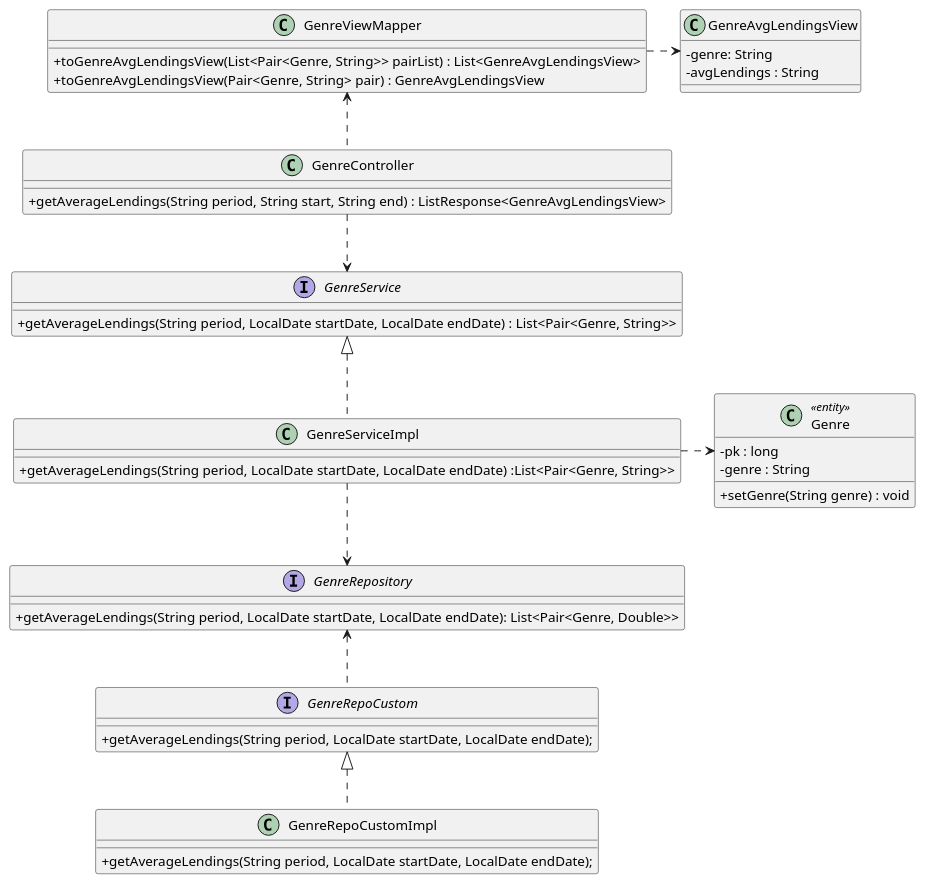
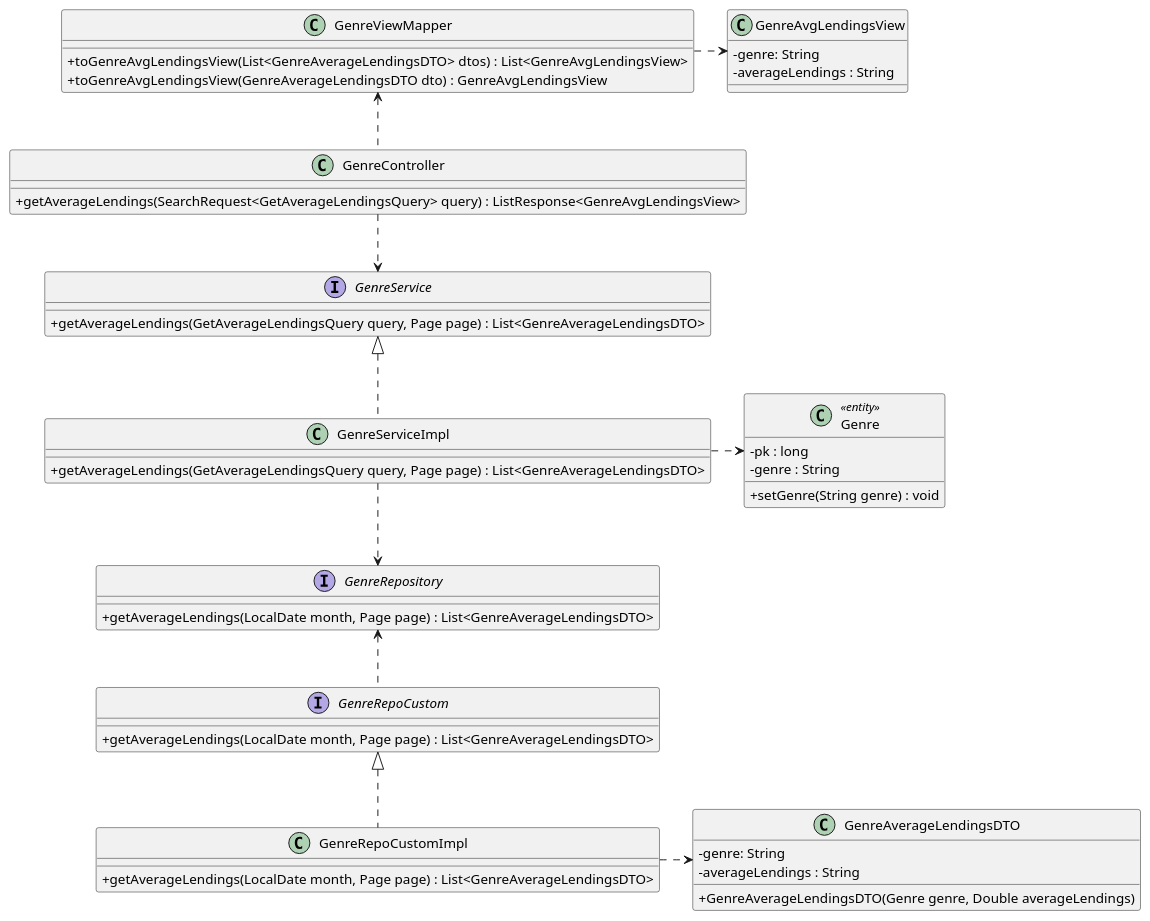
One commit to rutemf/1220944_1220772_G01 changed the diagram in Docs/Phase2/WP4B-Lendings/Ph2-14-GetAverageLendings/Ph2-14-GetAverageLendings-CD.puml. Above: the diagram before and after it, drawn with PlantUML. The commit also changed 15 other files, not shown here.

```diff
--- a/Docs/Phase2/WP4B-Lendings/Ph2-14-GetAverageLendings/Ph2-14-GetAverageLendings-CD.puml
+++ b/Docs/Phase2/WP4B-Lendings/Ph2-14-GetAverageLendings/Ph2-14-GetAverageLendings-CD.puml
@@ -1,59 +1,65 @@
 @startuml
 
 'hide circle
 skinparam classAttributeIconSize 0
 
 class GenreController {
-    + getAverageLendings(String period, String start, String end) : ListResponse<GenreAvgLendingsView>
+    + getAverageLendings(SearchRequest<GetAverageLendingsQuery> query) : ListResponse<GenreAvgLendingsView>
+}
+
+interface GenreService {
+    + getAverageLendings(GetAverageLendingsQuery query, Page page) : List<GenreAverageLendingsDTO>
+}
+
+class GenreServiceImpl implements GenreService{
+    + getAverageLendings(GetAverageLendingsQuery query, Page page) : List<GenreAverageLendingsDTO>
+}
+
+interface GenreRepository {
+    + getAverageLendings(LocalDate month, Page page) : List<GenreAverageLendingsDTO>
 }
 
 interface GenreRepoCustom {
-    + getAverageLendings(String period, LocalDate startDate, LocalDate endDate);
+    + getAverageLendings(LocalDate month, Page page) : List<GenreAverageLendingsDTO>
 }
 
 class GenreRepoCustomImpl implements GenreRepoCustom {
-    + getAverageLendings(String period, LocalDate startDate, LocalDate endDate);
-}
-
-interface GenreRepository {
-    + getAverageLendings(String period, LocalDate startDate, LocalDate endDate): List<Pair<Genre, Double>>
-}
-
-
-
-interface GenreService {
-    + getAverageLendings(String period, LocalDate startDate, LocalDate endDate) : List<Pair<Genre, String>>
-}
-
-class GenreServiceImpl implements GenreService{
-    + getAverageLendings(String period, LocalDate startDate, LocalDate endDate) :List<Pair<Genre, String>>
-
+    + getAverageLendings(LocalDate month, Page page) : List<GenreAverageLendingsDTO>
 }
 
 class Genre <<entity>>{
     - pk : long
     - genre : String
     + setGenre(String genre) : void
 }
 
 class GenreViewMapper{
-    + toGenreAvgLendingsView(List<Pair<Genre, String>> pairList) : List<GenreAvgLendingsView>
-    + toGenreAvgLendingsView(Pair<Genre, String> pair) : GenreAvgLendingsView
+    + toGenreAvgLendingsView(List<GenreAverageLendingsDTO> dtos) : List<GenreAvgLendingsView>
+    + toGenreAvgLendingsView(GenreAverageLendingsDTO dto) : GenreAvgLendingsView
 }
 
 class GenreAvgLendingsView{
     - genre: String
-    - avgLendings : String
+    - averageLendings : String
+}
+
+class GenreAverageLendingsDTO{
+    - genre: String
+    - averageLendings : String
+    + GenreAverageLendingsDTO(Genre genre, Double averageLendings)
 }
 
 GenreServiceImpl .right.> Genre
 
 GenreController ..> GenreService
 GenreServiceImpl .down.> GenreRepository
 
 GenreController .up.> GenreViewMapper
 GenreViewMapper .right.> GenreAvgLendingsView
 
 GenreRepoCustom .up.> GenreRepository
 
+GenreRepoCustomImpl .right.> GenreAverageLendingsDTO
+
+
 @enduml
```
